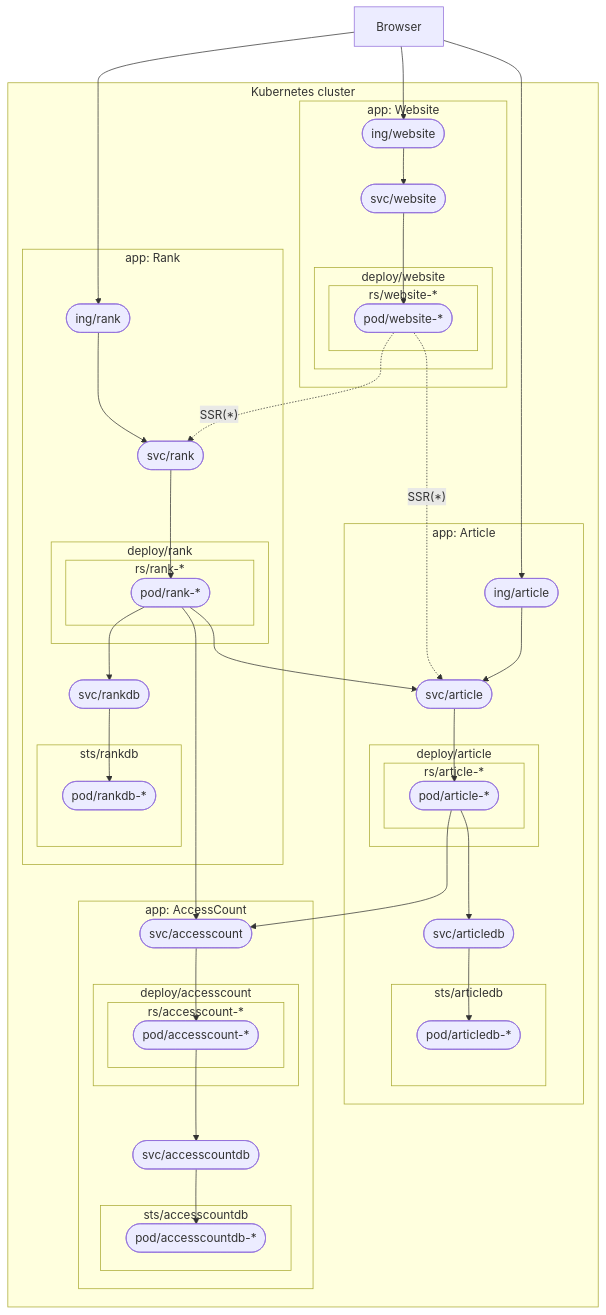
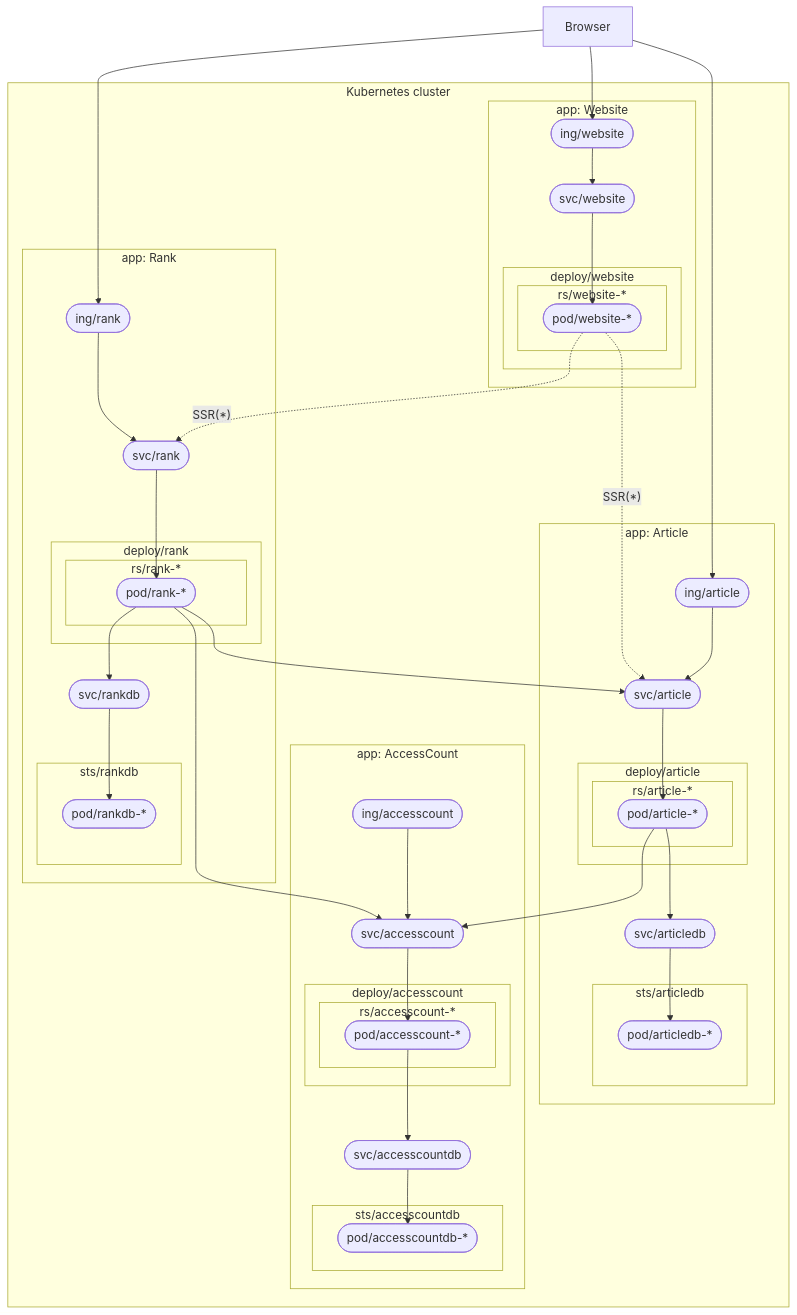
Before and after one commit to satooooshi/kubernetes-sample1: the second of 2 diagrams in README.md, drawn with Mermaid. The commit also changed other lines of this file and 12 other files, not shown here.

````diff
--- a/README.md
+++ b/README.md
@@ -51,64 +55,65 @@
-```mermaid
-%% こういう、Kubernetesリソースを意識した図もあったほうがよさそう
-graph TD
-  browser[Browser] --> articleIng
-  browser --> rankIng
-  browser --> websiteIng
-  subgraph cluster["Kubernetes cluster"]
-    articlePod --> accesscountSvc
-    rankPod --> accesscountSvc
-    websitePod -. "SSR(*)" .-> articleSvc
-    subgraph websiteApp["app: Website"]
-      websiteIng(["ing/website"]) --> websiteSvc(["svc/website"])
-      websiteSvc --> websitePod
-      subgraph websiteDeploy["deploy/website"]
-        subgraph websiteRs["rs/website-*"]
-          websitePod(["pod/website-*"])
+  ```mermaid
+  %% こういう、Kubernetesリソースを意識した図もあったほうがよさそう
+  graph TD
+    browser[Browser] --> articleIng
+    browser --> rankIng
+    browser --> websiteIng
+    subgraph cluster["Kubernetes cluster"]
+      articlePod --> accesscountSvc
+      rankPod --> accesscountSvc
+      websitePod -. "SSR(*)" .-> articleSvc
+      subgraph websiteApp["app: Website"]
+        websiteIng(["ing/website"]) --> websiteSvc(["svc/website"])
+        websiteSvc --> websitePod
+        subgraph websiteDeploy["deploy/website"]
+          subgraph websiteRs["rs/website-*"]
+            websitePod(["pod/website-*"])
+          end
         end
       end
-    end
-    subgraph articleApp["app: Article"]
-      articleIng(["ing/article"]) --> articleSvc
-      articleSvc(["svc/article"]) --> articlePod
-      articlePod --> articleDBSvc
-      subgraph articleDeploy["deploy/article"]
-        subgraph articleRs["rs/article-*"]
-          articlePod(["pod/article-*"])
+      subgraph articleApp["app: Article"]
+        articleIng(["ing/article"]) --> articleSvc
+        articleSvc(["svc/article"]) --> articlePod
+        articlePod --> articleDBSvc
+        subgraph articleDeploy["deploy/article"]
+          subgraph articleRs["rs/article-*"]
+            articlePod(["pod/article-*"])
+          end
+        end
+        articleDBSvc(["svc/articledb"]) --> articleDBPod
+        subgraph articleDBSts["sts/articledb"]
+          articleDBPod(["pod/articledb-*"])
         end
       end
-      articleDBSvc(["svc/articledb"]) --> articleDBPod
-      subgraph articleDBSts["sts/articledb"]
-        articleDBPod(["pod/articledb-*"])
-      end
-    end
-    subgraph accesscountApp["app: AccessCount"]
-      accesscountSvc(["svc/accesscount"]) --> accesscountPod
-      accesscountPod --> accesscountDBSvc
-      subgraph accesscountDeploy["deploy/accesscount"]
-        subgraph accesscountRs["rs/accesscount-*"]
-          accesscountPod(["pod/accesscount-*"])
+      subgraph accesscountApp["app: AccessCount"]
+        accesscountInt(["ing/accesscount"]) --> accesscountSvc
+        accesscountSvc(["svc/accesscount"]) --> accesscountPod
+        accesscountPod --> accesscountDBSvc
+        subgraph accesscountDeploy["deploy/accesscount"]
+          subgraph accesscountRs["rs/accesscount-*"]
+            accesscountPod(["pod/accesscount-*"])
+          end
+        end
+        accesscountDBSvc(["svc/accesscountdb"]) --> accesscountDBPod
+        subgraph accesscountDBSts["sts/accesscountdb"]
+          accesscountDBPod(["pod/accesscountdb-*"])
         end
       end
-      accesscountDBSvc(["svc/accesscountdb"]) --> accesscountDBPod
-      subgraph accesscountDBSts["sts/accesscountdb"]
-        accesscountDBPod(["pod/accesscountdb-*"])
-      end
-    end
-    subgraph rankApp["app: Rank"]
-      rankIng(["ing/rank"]) --> rankSvc
-      rankSvc(["svc/rank"]) --> rankPod
-      rankPod --> rankDBSvc
-      subgraph rankDeploy["deploy/rank"]
-        subgraph rankRs["rs/rank-*"]
-          rankPod(["pod/rank-*"])
+      subgraph rankApp["app: Rank"]
+        rankIng(["ing/rank"]) --> rankSvc
+        rankSvc(["svc/rank"]) --> rankPod
+        rankPod --> rankDBSvc
+        subgraph rankDeploy["deploy/rank"]
+          subgraph rankRs["rs/rank-*"]
+            rankPod(["pod/rank-*"])
+          end
+        end
+        rankDBSvc(["svc/rankdb"]) --> rankDBPod
+        subgraph rankDBSts["sts/rankdb"]
+          rankDBPod(["pod/rankdb-*"])
         end
       end
-      rankDBSvc(["svc/rankdb"]) --> rankDBPod
-      subgraph rankDBSts["sts/rankdb"]
-        rankDBPod(["pod/rankdb-*"])
-      end
+      rankPod --> articleSvc
+      websitePod -. "SSR(*)" .-> rankSvc
     end
-    rankPod --> articleSvc
-    websitePod -. "SSR(*)" .-> rankSvc
-  end
-```
+  ```
````
